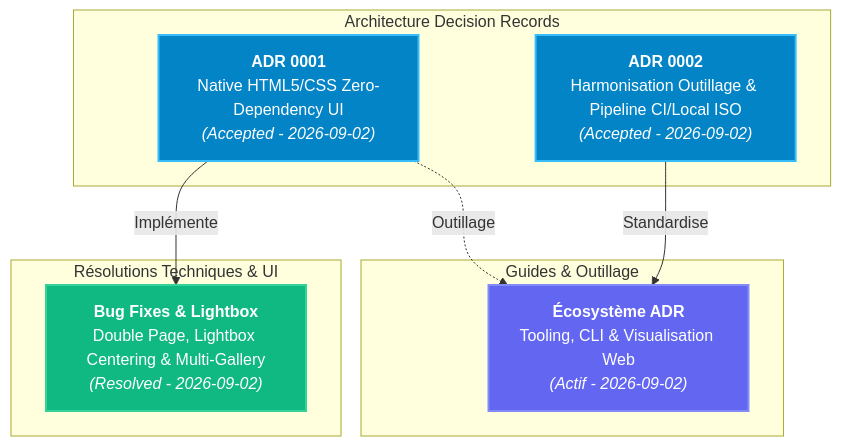
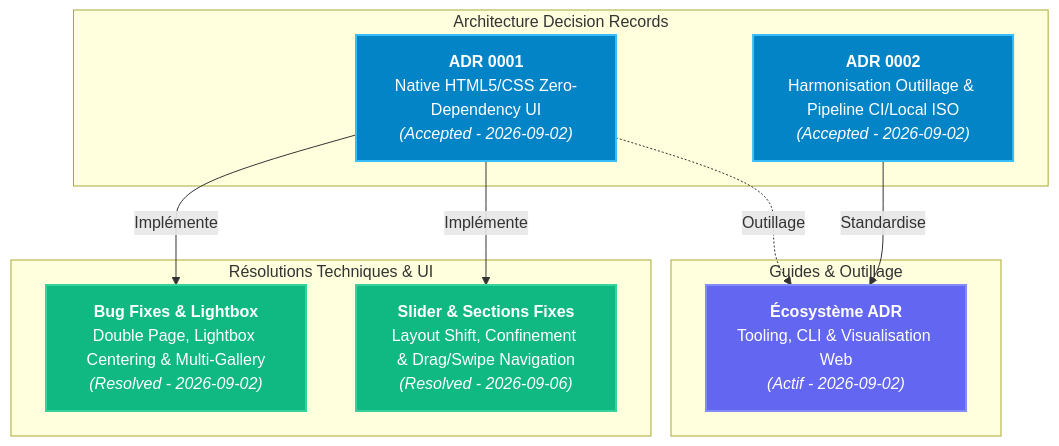
Before and after one commit to yoyonel/CV_resume: the diagram in docs/README.md, drawn with Mermaid. The commit also changed other lines of this file and 4 other files, not shown here.

First line of the commit message:
fix(ui): eliminate carousel layout shift, preserve active clipart in lightbox and confine media drag/swipe

````diff
--- a/docs/README.md
+++ b/docs/README.md
@@ -11,28 +11,31 @@
 ```mermaid
 graph TD
     subgraph ADR ["Architecture Decision Records"]
         ADR0001["<b>ADR 0001</b><br>Native HTML5/CSS Zero-Dependency UI<br><i>(Accepted - 2026-09-02)</i>"]
         ADR0002["<b>ADR 0002</b><br>Harmonisation Outillage & Pipeline CI/Local ISO<br><i>(Accepted - 2026-09-02)</i>"]
     end
 
     subgraph Fixes ["Résolutions Techniques & UI"]
         FIX01["<b>Bug Fixes & Lightbox</b><br>Double Page, Lightbox Centering & Multi-Gallery<br><i>(Resolved - 2026-09-02)</i>"]
+        FIX02["<b>Slider & Sections Fixes</b><br>Layout Shift, Confinement & Drag/Swipe Navigation<br><i>(Resolved - 2026-09-06)</i>"]
     end
 
     subgraph Guides ["Guides & Outillage"]
         GUIDE01["<b>Écosystème ADR</b><br>Tooling, CLI & Visualisation Web<br><i>(Actif - 2026-09-02)</i>"]
     end
 
     ADR0001 -->|Implémente| FIX01
+    ADR0001 -->|Implémente| FIX02
     ADR0001 -.->|Outillage| GUIDE01
     ADR0002 -->|Standardise| GUIDE01
 
     classDef accepted fill:#0284c7,stroke:#38bdf8,stroke-width:2px,color:#ffffff;
     classDef fix fill:#10b981,stroke:#34d399,stroke-width:2px,color:#ffffff;
     classDef guide fill:#6366f1,stroke:#818cf8,stroke-width:2px,color:#ffffff;
 
     class ADR0001 accepted;
     class ADR0002 accepted;
     class FIX01 fix;
+    class FIX02 fix;
     class GUIDE01 guide;
 ```
````
